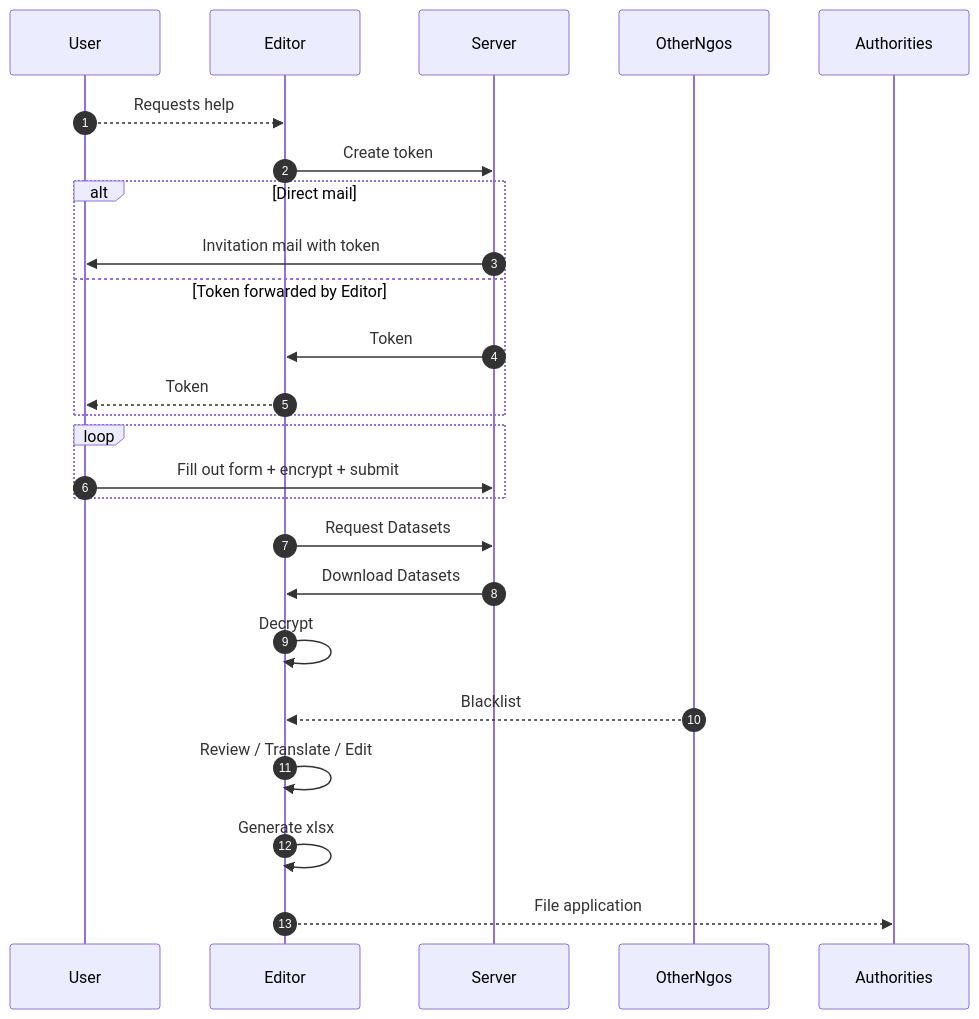
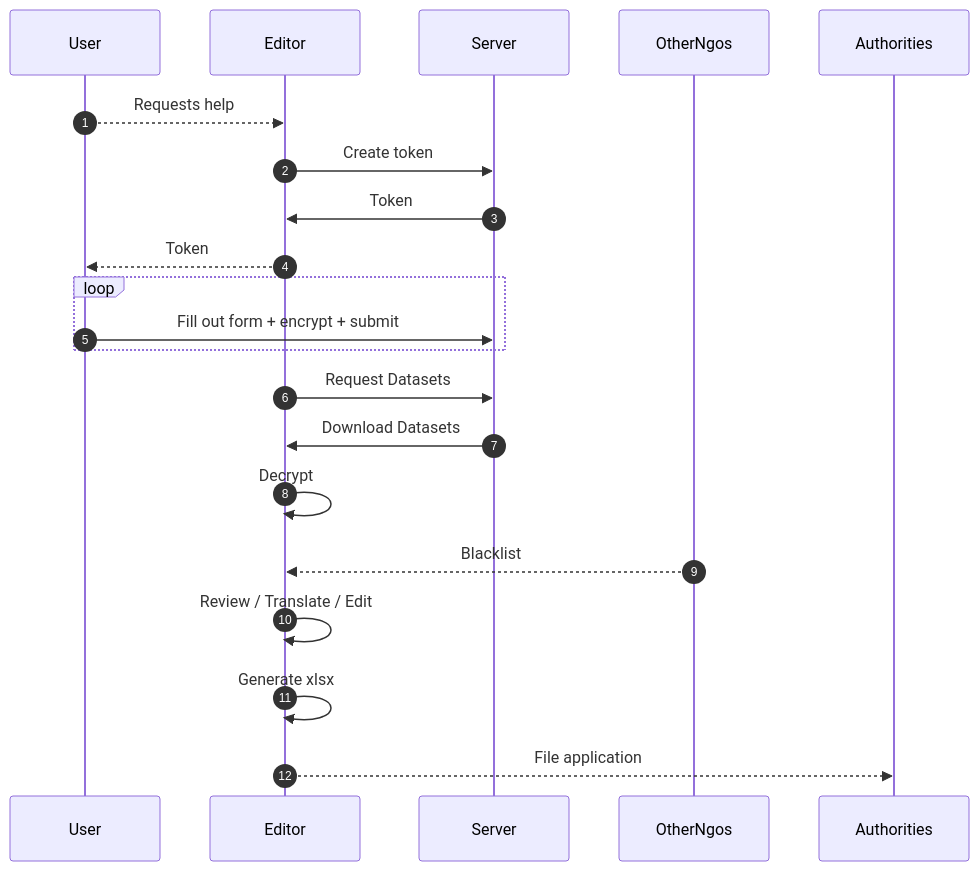
Before and after one commit to MissionLifeline/afg: the diagram in doc/src/architecture/overview/sequence.md, drawn with Mermaid. The commit also changed 2 other files, not shown here.

Commit message:
doc: class diagram

````diff
--- a/doc/src/architecture/overview/sequence.md
+++ b/doc/src/architecture/overview/sequence.md
@@ -3,27 +3,30 @@
 ```mermaid
 sequenceDiagram
     autonumber
     #actor User
     #participant Server
     #actor Editor
     #actor OtherNgos
     #actor Authorities
     User-->>Editor: Requests help
     Editor->>Server: Create token
-    alt Direct mail
-        Server->>User: Invitation mail with token
-    else Token forwarded by Editor
+
+    %% We don't want to store unencrypted mail addresses at the server
+    #alt Direct mail
+    #    Server->>User: Invitation mail with token
+    #else Token forwarded by Editor
         Server->>Editor: Token
         Editor-->>User: Token
-    end
+    #end
+
     loop 
         User->>Server: Fill out form + encrypt + submit
     end
     Editor->>Server: Request Datasets
     Server->>Editor: Download Datasets
     Editor->>Editor: Decrypt
     OtherNgos-->>Editor: Blacklist
     Editor->>Editor: Review / Translate / Edit
     Editor->>Editor: Generate xlsx
     Editor-->>Authorities: File application
 ```
````
